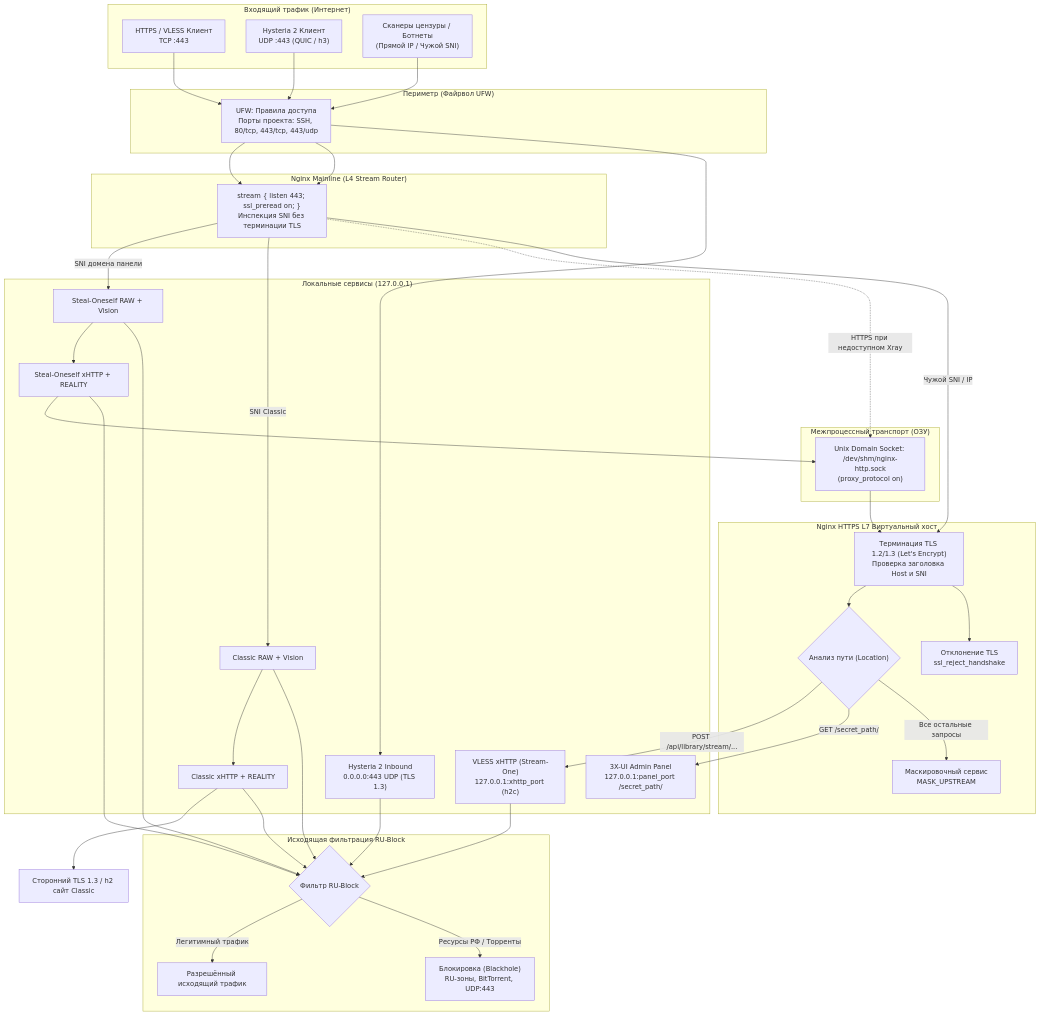
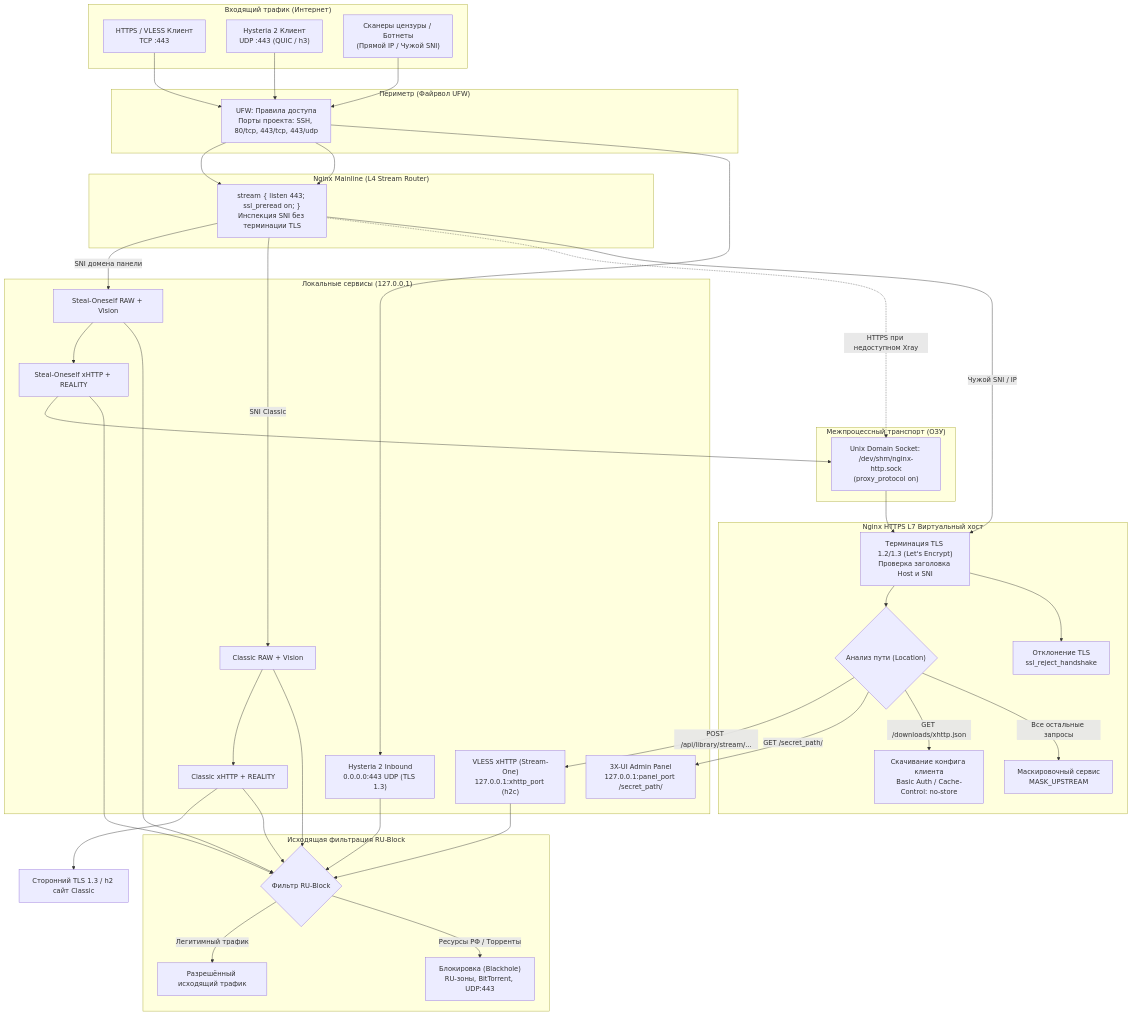
One commit to kex1tu/vpn_script changed the diagram in README.md. Above: the diagram before and after it, drawn with Mermaid. The commit also changed other lines of this file and 4 other files, not shown here.

````diff
--- a/README.md
+++ b/README.md
@@ -149,66 +195,68 @@
 ```mermaid
 flowchart TB
     subgraph WAN ["Входящий трафик (Интернет)"]
         TCPClient["HTTPS / VLESS Клиент\nTCP :443"]
         UDPClient["Hysteria 2 Клиент\nUDP :443 (QUIC / h3)"]
         Scanner["Сканеры цензуры / Ботнеты\n(Прямой IP / Чужой SNI)"]
     end
 
     subgraph Edge ["Периметр (Файрвол UFW)"]
         UFW["UFW: Правила доступа\nПорты проекта: SSH, 80/tcp, 443/tcp, 443/udp"]
     end
 
     subgraph NginxRouter ["Nginx Mainline (L4 Stream Router)"]
         Stream["stream { listen 443; ssl_preread on; }\nИнспекция SNI без терминации TLS"]
     end
 
     subgraph MemoryTransport ["Межпроцессный транспорт (ОЗУ)"]
         RAMSock["Unix Domain Socket: /dev/shm/nginx-http.sock\n(proxy_protocol on)"]
     end
 
     subgraph NginxVHost ["Nginx HTTPS L7 Виртуальный хост"]
         SSLTerm["Терминация TLS 1.2/1.3 (Let's Encrypt)\nПроверка заголовка Host и SNI"]
         Router{"Анализ пути (Location)"}
         FakeSite["Маскировочный сервис\nMASK_UPSTREAM"]
+        XHTTPDownload["Скачивание конфига клиента\nBasic Auth / Cache-Control: no-store"]
         RSTDrop["Отклонение TLS\nssl_reject_handshake"]
     end
 
     subgraph XrayBackends ["Локальные сервисы (127.0.0.1)"]
         XHTTP["VLESS xHTTP (Stream-One)\n127.0.0.1:xhttp_port (h2c)"]
         Hy2["Hysteria 2 Inbound\n0.0.0.0:443 UDP (TLS 1.3)"]
         Panel["3X-UI Admin Panel\n127.0.0.1:panel_port /secret_path/"]
         SelfRaw["Steal-Oneself RAW + Vision"]
         SelfX["Steal-Oneself xHTTP + REALITY"]
         ClassicRaw["Classic RAW + Vision"]
         ClassicX["Classic xHTTP + REALITY"]
     end
     ClassicSite["Сторонний TLS 1.3 / h2 сайт Classic"]
 
     subgraph OutboundSecurity ["Исходящая фильтрация RU-Block"]
         RUFilter{"Фильтр RU-Block"}
         GlobalNet["Разрешённый исходящий трафик"]
         Blackhole["Блокировка (Blackhole)\nRU-зоны, BitTorrent, UDP:443"]
     end
 
     TCPClient --> UFW --> Stream
     Scanner --> UFW --> Stream
     UDPClient --> UFW --> Hy2
 
     Stream -- "SNI домена панели" --> SelfRaw --> SelfX --> RAMSock --> SSLTerm --> Router
     Stream -- "SNI Classic" --> ClassicRaw --> ClassicX --> ClassicSite
     Stream -. "HTTPS при недоступном Xray" .-> RAMSock
     Stream -- "Чужой SNI / IP" --> SSLTerm --> RSTDrop
 
     Router -- "POST /api/library/stream/..." --> XHTTP
     Router -- "GET /secret_path/" --> Panel
+    Router -- "GET /downloads/xhttp.json" --> XHTTPDownload
     Router -- "Все остальные запросы" --> FakeSite
 
     XHTTP --> RUFilter
     Hy2 --> RUFilter
     SelfRaw --> RUFilter
     SelfX --> RUFilter
     ClassicRaw --> RUFilter
     ClassicX --> RUFilter
     RUFilter -- "Легитимный трафик" --> GlobalNet
     RUFilter -- "Ресурсы РФ / Торренты" --> Blackhole
 ```
````
